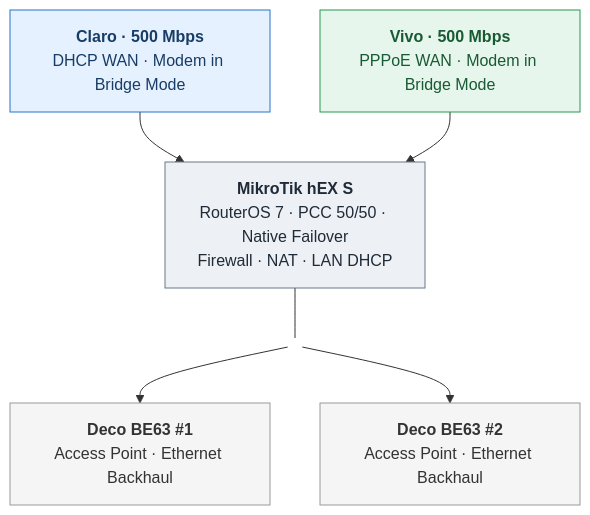
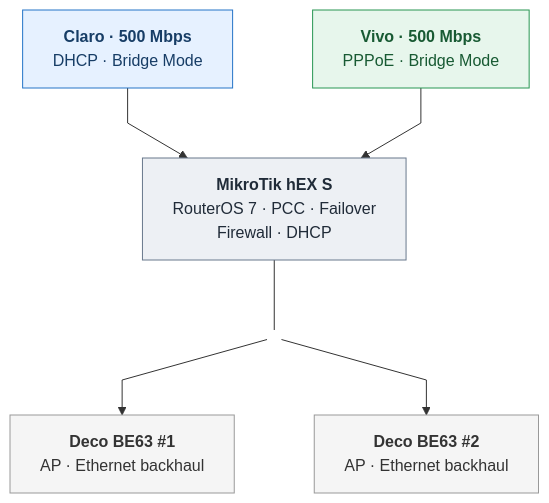
Before and after one commit to london36/mikrotik-dualwan-pcc-failover-monitoring: the diagram in docs/mermaid-topology-preview.md, drawn with Mermaid. The commit also changed other lines of this file, not shown here.

Commit message:
docs: test Mermaid minNodeWidth for actual rectangle width

````diff
--- a/docs/mermaid-topology-preview.md
+++ b/docs/mermaid-topology-preview.md
@@ -5,27 +5,28 @@
 ```mermaid
+%%{init: {"flowchart": {"minNodeWidth": 260, "wrappingWidth": 280, "nodeSpacing": 80, "rankSpacing": 70, "curve": "linear"}}}%%
 flowchart TB
-    C["<b>Claro · 500 Mbps</b><br/>DHCP WAN · Modem in Bridge Mode"]
-    V["<b>Vivo · 500 Mbps</b><br/>PPPoE WAN · Modem in Bridge Mode"]
-    M["<b>MikroTik hEX S</b><br/>RouterOS 7 · PCC 50/50 · Native Failover<br/>Firewall · NAT · LAN DHCP"]
+    C["<b>Claro · 500 Mbps</b><br/>DHCP · Bridge Mode"]
+    V["<b>Vivo · 500 Mbps</b><br/>PPPoE · Bridge Mode"]
+    M["<b>MikroTik hEX S</b><br/>RouterOS 7 · PCC · Failover<br/>Firewall · DHCP"]
     J((" "))
-    D1["<b>Deco BE63 #1</b><br/>Access Point · Ethernet Backhaul"]
-    D2["<b>Deco BE63 #2</b><br/>Access Point · Ethernet Backhaul"]
+    D1["<b>Deco BE63 #1</b><br/>AP · Ethernet backhaul"]
+    D2["<b>Deco BE63 #2</b><br/>AP · Ethernet backhaul"]
 
     C --> M
     V --> M
     M --- J
     J --> D1
     J --> D2
 
     classDef claro fill:#e6f1ff,stroke:#2474c7,color:#173d66
     classDef vivo fill:#e7f6ec,stroke:#299653,color:#185a33
     classDef router fill:#edf0f4,stroke:#68788c,color:#202b38
     classDef deco fill:#f5f5f5,stroke:#999,color:#333
     classDef junction fill:transparent,stroke:transparent,color:transparent
 
     class C claro
     class V vivo
     class M router
     class D1,D2 deco
     class J junction
 ```
````
